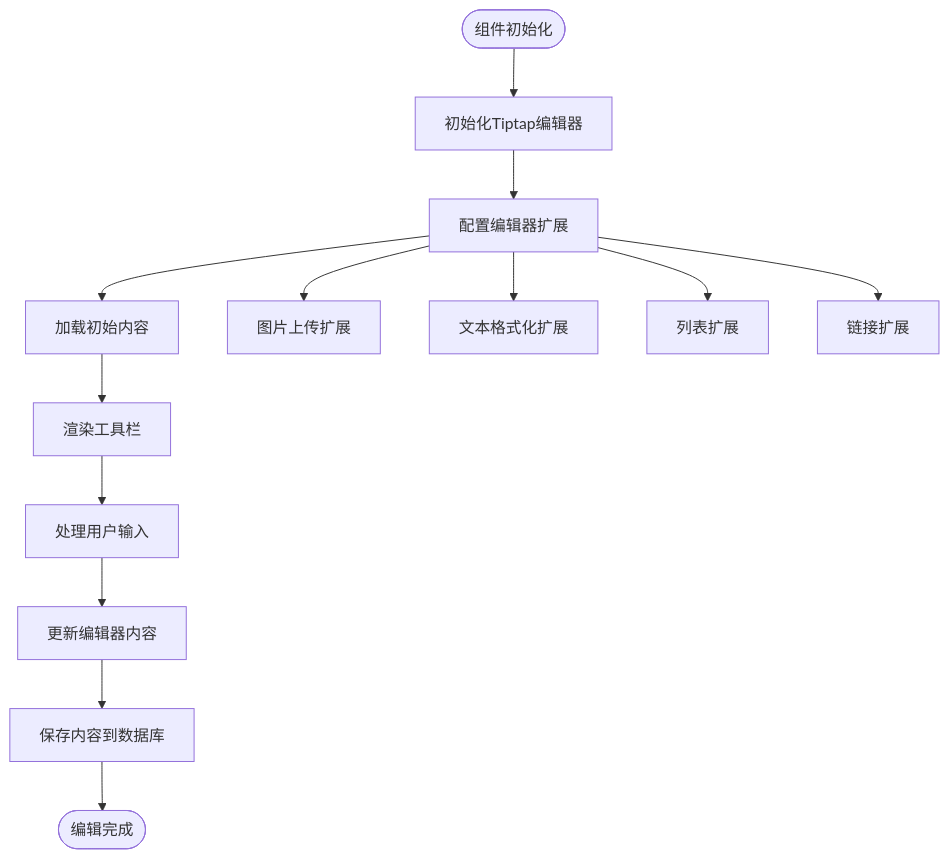
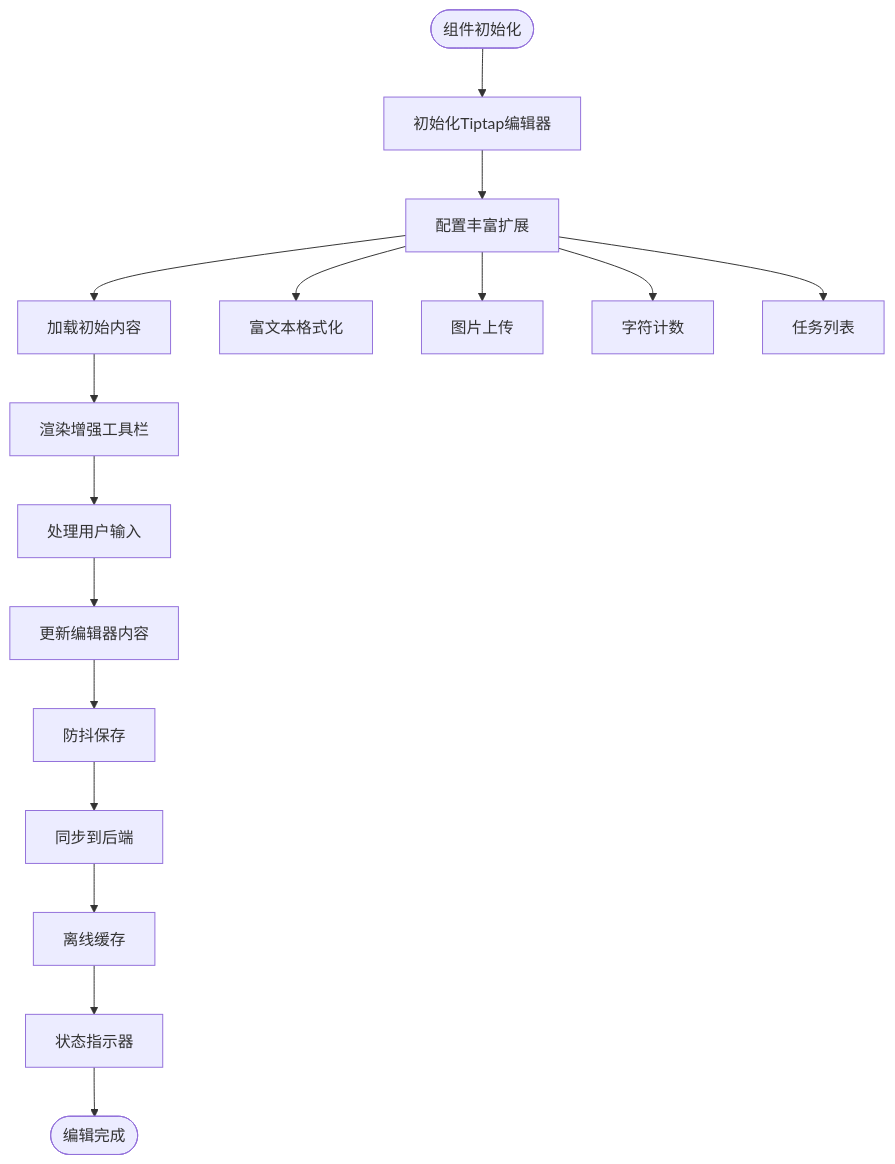
Before and after one commit to KunLabAI/KunFlix: the fifth of 10 diagrams in .qoder/repowiki/zh/content/前端开发指南/富文本编辑系统.md, drawn with Mermaid. The commit also changed other lines of this file and 24 other files, not shown here.

````diff
--- a/.qoder/repowiki/zh/content/前端开发指南/富文本编辑系统.md
+++ b/.qoder/repowiki/zh/content/前端开发指南/富文本编辑系统.md
@@ -236,15 +269,18 @@
 ```mermaid
 flowchart TD
 Start([组件初始化]) --> SetupEditor[初始化Tiptap编辑器]
-SetupEditor --> ConfigureExtensions[配置编辑器扩展]
+SetupEditor --> ConfigureExtensions[配置丰富扩展]
 ConfigureExtensions --> LoadContent[加载初始内容]
-LoadContent --> RenderToolbar[渲染工具栏]
+LoadContent --> RenderToolbar[渲染增强工具栏]
 RenderToolbar --> HandleUserInput[处理用户输入]
 HandleUserInput --> UpdateContent[更新编辑器内容]
-UpdateContent --> SaveContent[保存内容到数据库]
-SaveContent --> End([编辑完成])
-ConfigureExtensions --> ImageUpload[图片上传扩展]
-ConfigureExtensions --> TextFormatting[文本格式化扩展]
-ConfigureExtensions --> Lists[列表扩展]
-ConfigureExtensions --> Links[链接扩展]
+UpdateContent --> DebounceSave[防抖保存]
+DebounceSave --> SyncToBackend[同步到后端]
+SyncToBackend --> OfflineCache[离线缓存]
+OfflineCache --> SaveStatus[状态指示器]
+SaveStatus --> End([编辑完成])
+ConfigureExtensions --> RichFormatting[富文本格式化]
+ConfigureExtensions --> ImageUpload[图片上传]
+ConfigureExtensions --> CharacterCount[字符计数]
+ConfigureExtensions --> TaskLists[任务列表]
 ```
````
